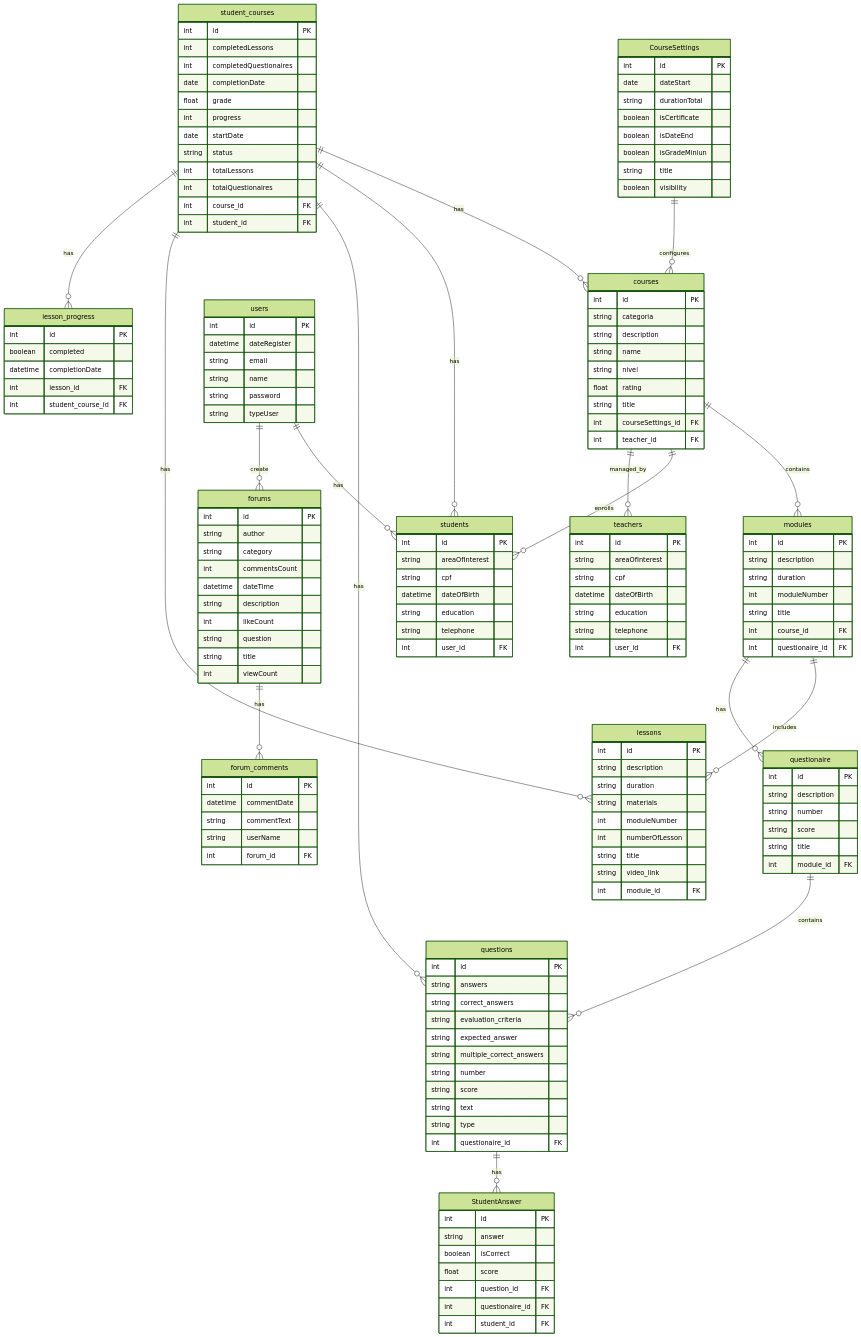
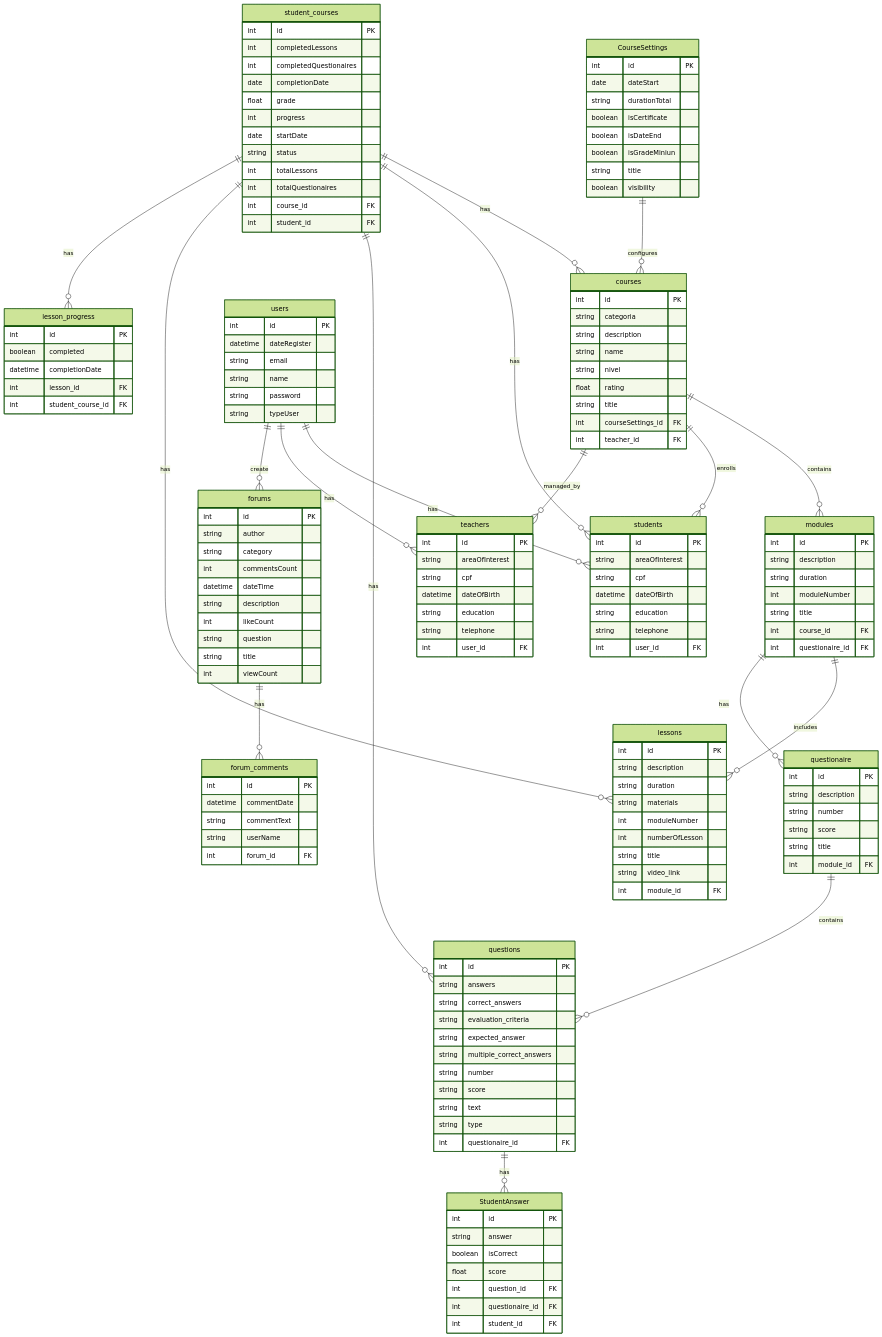
The diagram in README.md (StephanyeCunto/CapyCourses), drawn with Mermaid (forest theme) before and after one commit. The commit also changed 39 other files, not shown here.

```diff
--- a/README.md
+++ b/README.md
@@ -412,6 +412,7 @@
 questions ||--o{ StudentAnswer : has
 
     users ||--o{ students : has
+    users ||--o{teachers : has
     users {
         int id PK
         datetime dateRegister
```
